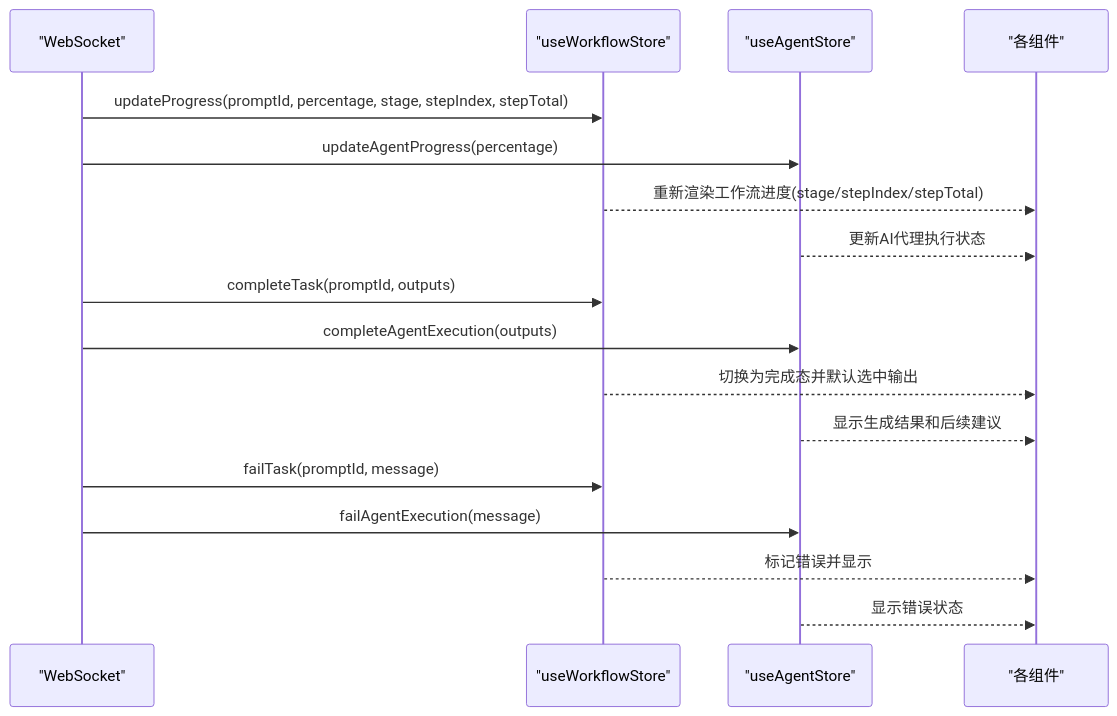
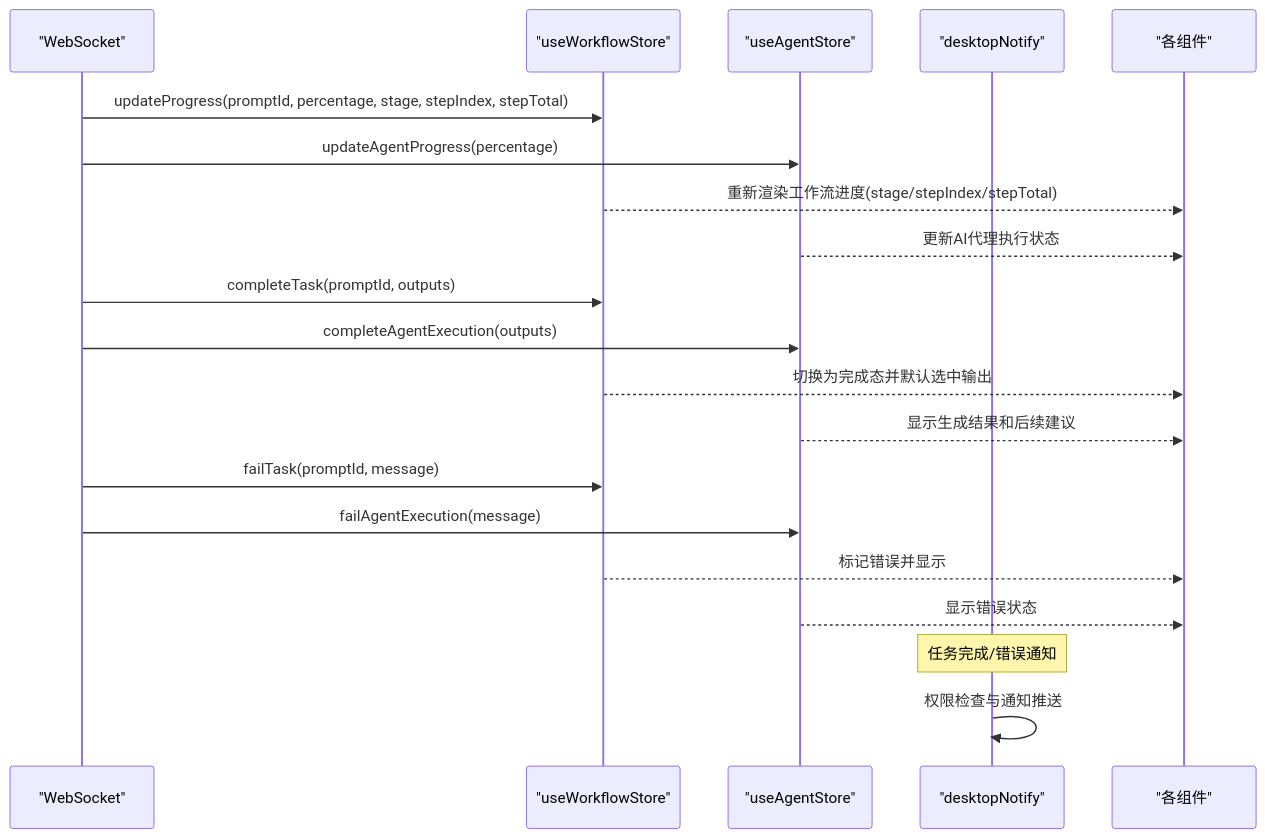
One commit to billye220670/CorineKit_Pix2Real changed the sixth of 16 diagrams in .qoder/repowiki/zh/content/前端应用/WebSocket 通信.md. Above: the diagram before and after it, drawn with Mermaid. The commit also changed other lines of this file and 13 other files, not shown here.

````diff
--- a/.qoder/repowiki/zh/content/前端应用/WebSocket 通信.md
+++ b/.qoder/repowiki/zh/content/前端应用/WebSocket 通信.md
@@ -316,19 +362,22 @@
 ```mermaid
 sequenceDiagram
 participant WS as "WebSocket"
 participant WFStore as "useWorkflowStore"
 participant AgentStore as "useAgentStore"
+participant DesktopNotify as "desktopNotify"
 participant UI as "各组件"
 WS->>WFStore : updateProgress(promptId, percentage, stage, stepIndex, stepTotal)
 WS->>AgentStore : updateAgentProgress(percentage)
 WFStore-->>UI : 重新渲染工作流进度(stage/stepIndex/stepTotal)
 AgentStore-->>UI : 更新AI代理执行状态
 WS->>WFStore : completeTask(promptId, outputs)
 WS->>AgentStore : completeAgentExecution(outputs)
 WFStore-->>UI : 切换为完成态并默认选中输出
 AgentStore-->>UI : 显示生成结果和后续建议
 WS->>WFStore : failTask(promptId, message)
 WS->>AgentStore : failAgentExecution(message)
 WFStore-->>UI : 标记错误并显示
 AgentStore-->>UI : 显示错误状态
+Note over DesktopNotify : 任务完成/错误通知
+DesktopNotify->>DesktopNotify : 权限检查与通知推送
 ```
````
